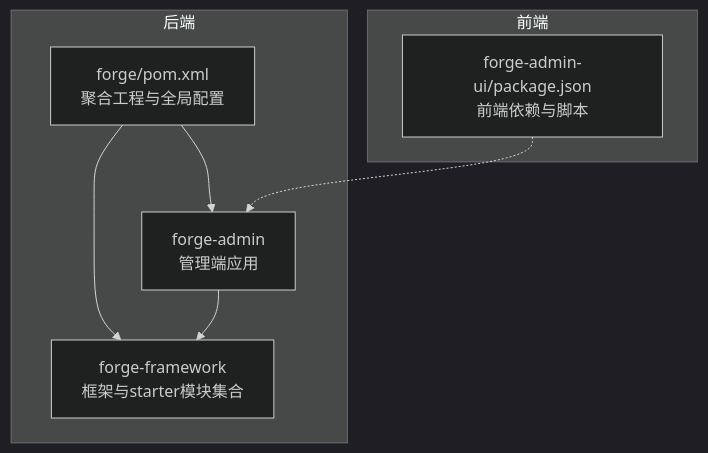
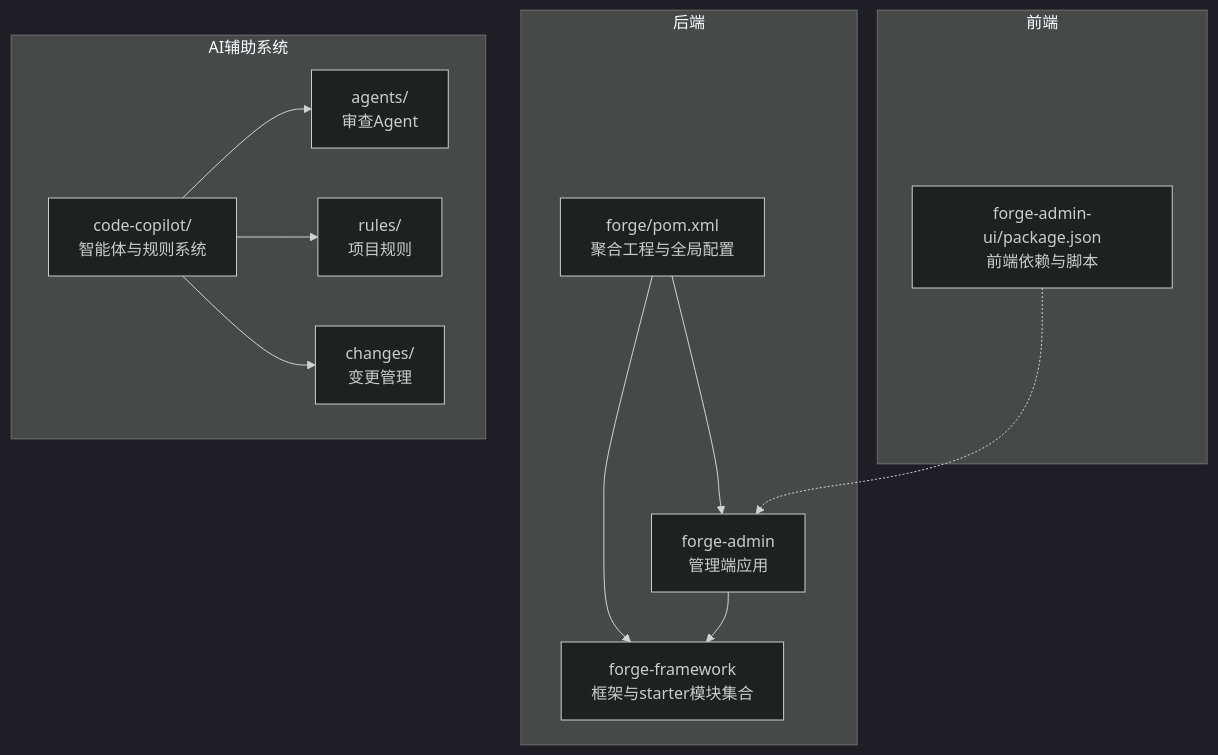
One commit to yaomindong1996/forge-admin changed the first of 8 diagrams in .qoder/repowiki/zh/content/开发指南/开发指南.md. Above: the diagram before and after it, drawn with Mermaid (dark theme). The commit also changed other lines of this file and 57 other files, not shown here.

````diff
--- a/.qoder/repowiki/zh/content/开发指南/开发指南.md
+++ b/.qoder/repowiki/zh/content/开发指南/开发指南.md
@@ -41,15 +61,24 @@
 ```mermaid
 graph TB
 subgraph "后端"
 A["forge/pom.xml<br/>聚合工程与全局配置"]
 B["forge-admin<br/>管理端应用"]
 C["forge-framework<br/>框架与starter模块集合"]
 end
 subgraph "前端"
 D["forge-admin-ui/package.json<br/>前端依赖与脚本"]
 end
+subgraph "AI辅助系统"
+E["code-copilot/<br/>智能体与规则系统"]
+F["agents/<br/>审查Agent"]
+G["rules/<br/>项目规则"]
+H["changes/<br/>变更管理"]
+end
 A --> B
 A --> C
 B --> C
 D -.-> B
+E --> F
+E --> G
+E --> H
 ```
````
